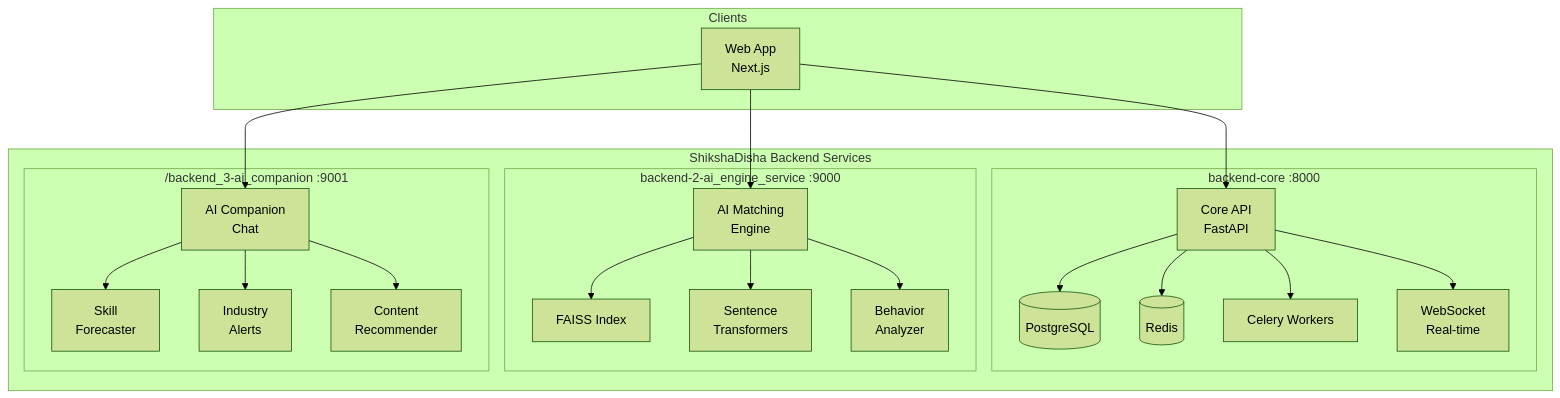
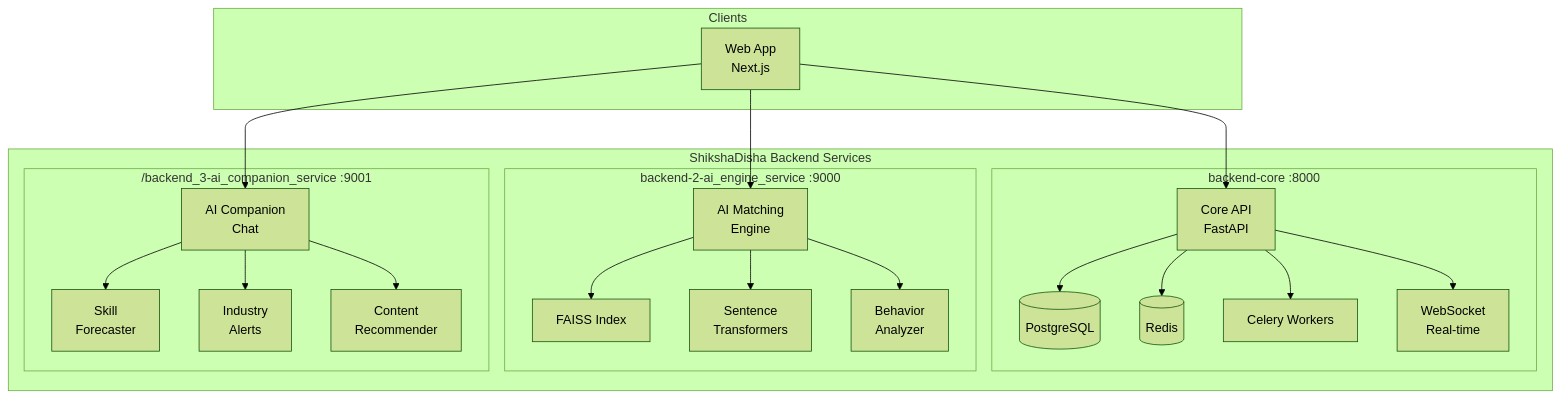
One commit to saad2134/shiksha-disha changed the diagram in README.md. Above: the diagram before and after it, drawn with Mermaid (forest theme). The commit also changed other lines of this file and 19 other files, not shown here.

````diff
--- a/README.md
+++ b/README.md
@@ -159,48 +159,48 @@
 ```mermaid
 graph TB
     subgraph Clients
         Web[Web App<br/>Next.js]
     end
 
     subgraph "ShikshaDisha Backend Services"
         
         subgraph "backend-core :8000"
             API[Core API<br/>FastAPI]
             DB[(PostgreSQL)]
             Redis[(Redis)]
             Celery[Celery Workers]
             WS[WebSocket<br/>Real-time]
         end
 
         subgraph "backend-2-ai_engine_service :9000"
             Matcher[AI Matching<br/>Engine]
             FAISS[FAISS Index]
             Embed[Sentence<br/>Transformers]
             Behavior[Behavior<br/>Analyzer]
         end
 
-        subgraph "/backend_3-ai_companion :9001"
+        subgraph "/backend_3-ai_companion_service :9001"
             Chat[AI Companion<br/>Chat]
             Forecast[Skill<br/>Forecaster]
             Alerts[Industry<br/>Alerts]
             Rec[Content<br/>Recommender]
         end
     end
 
     Web --> API
     Web --> Matcher
     Web --> Chat
     
     API --> DB
     API --> Redis
     API --> Celery
     API --> WS
     
     Matcher --> FAISS
     Matcher --> Embed
     Matcher --> Behavior
     
     Chat --> Forecast
     Chat --> Alerts
     Chat --> Rec
 ```
````
